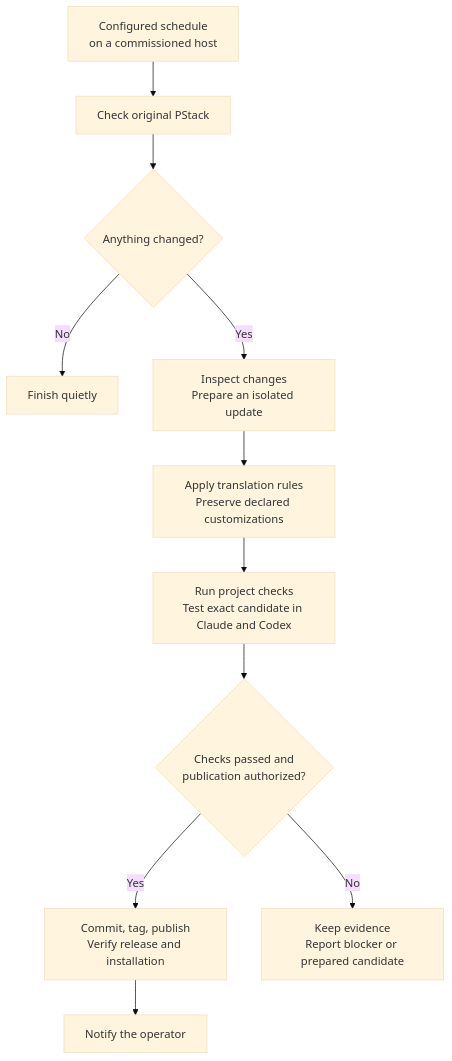
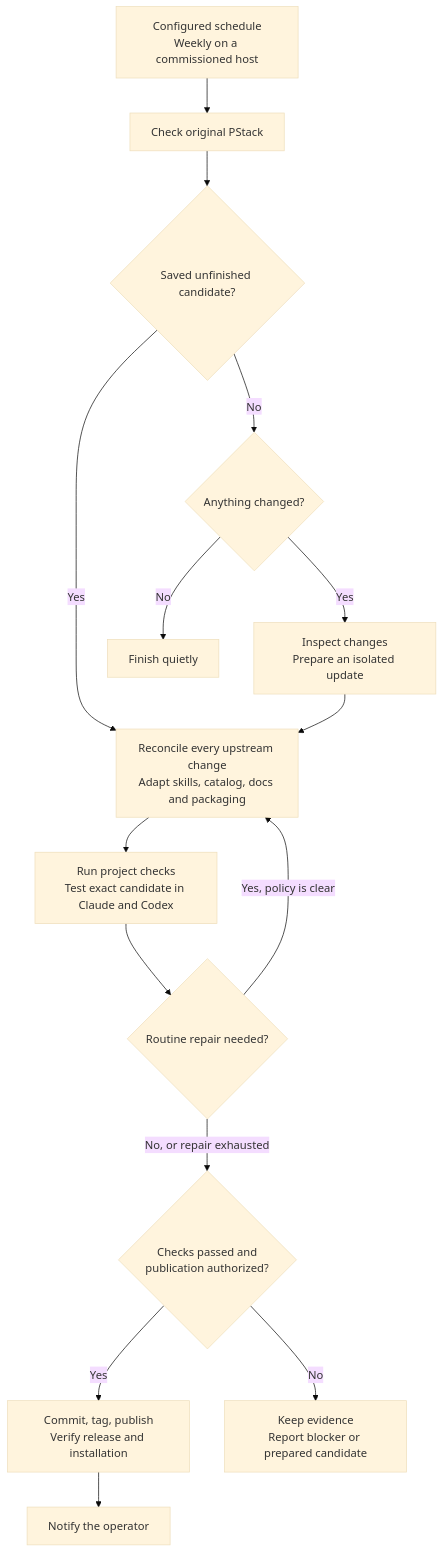
One commit to aataraxiaa/astack changed the second of 3 diagrams in docs/workflow.md. Above: the diagram before and after it, drawn with Mermaid (base theme). The commit also changed other lines of this file and 3 other files, not shown here.

Commit message:
fix(maintenance): repair routine upstream adaptations automatically

````diff
--- a/docs/workflow.md
+++ b/docs/workflow.md
@@ -24,13 +24,17 @@
 ```mermaid
 flowchart TD
-    T["Configured schedule<br/>on a commissioned host"] --> C["Check original PStack"]
-    C --> D{"Anything changed?"}
+    T["Configured schedule<br/>Weekly on a commissioned host"] --> C["Check original PStack"]
+    C --> H{"Saved unfinished candidate?"}
+    H -->|"Yes"| R
+    H -->|"No"| D{"Anything changed?"}
     D -->|"No"| Q["Finish quietly"]
     D -->|"Yes"| A["Inspect changes<br/>Prepare an isolated update"]
-    A --> R["Apply translation rules<br/>Preserve declared customizations"]
+    A --> R["Reconcile every upstream change<br/>Adapt skills, catalog, docs and packaging"]
     R --> V["Run project checks<br/>Test exact candidate in Claude and Codex"]
-    V --> G{"Checks passed and<br/>publication authorized?"}
+    V --> F{"Routine repair needed?"}
+    F -->|"Yes, policy is clear"| R
+    F -->|"No, or repair exhausted"| G{"Checks passed and<br/>publication authorized?"}
     G -->|"Yes"| P["Commit, tag, publish<br/>Verify release and installation"]
     P --> N["Notify the operator"]
     G -->|"No"| S["Keep evidence<br/>Report blocker or prepared candidate"]
 ```
````
